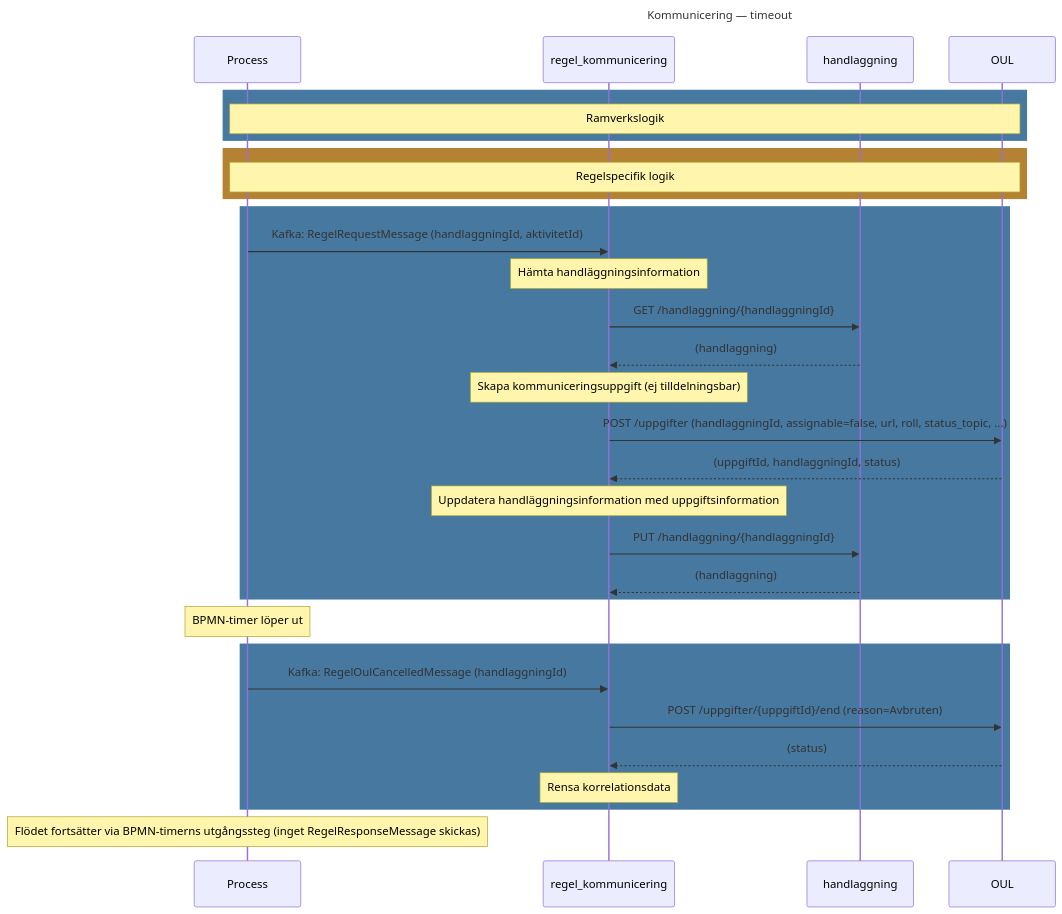
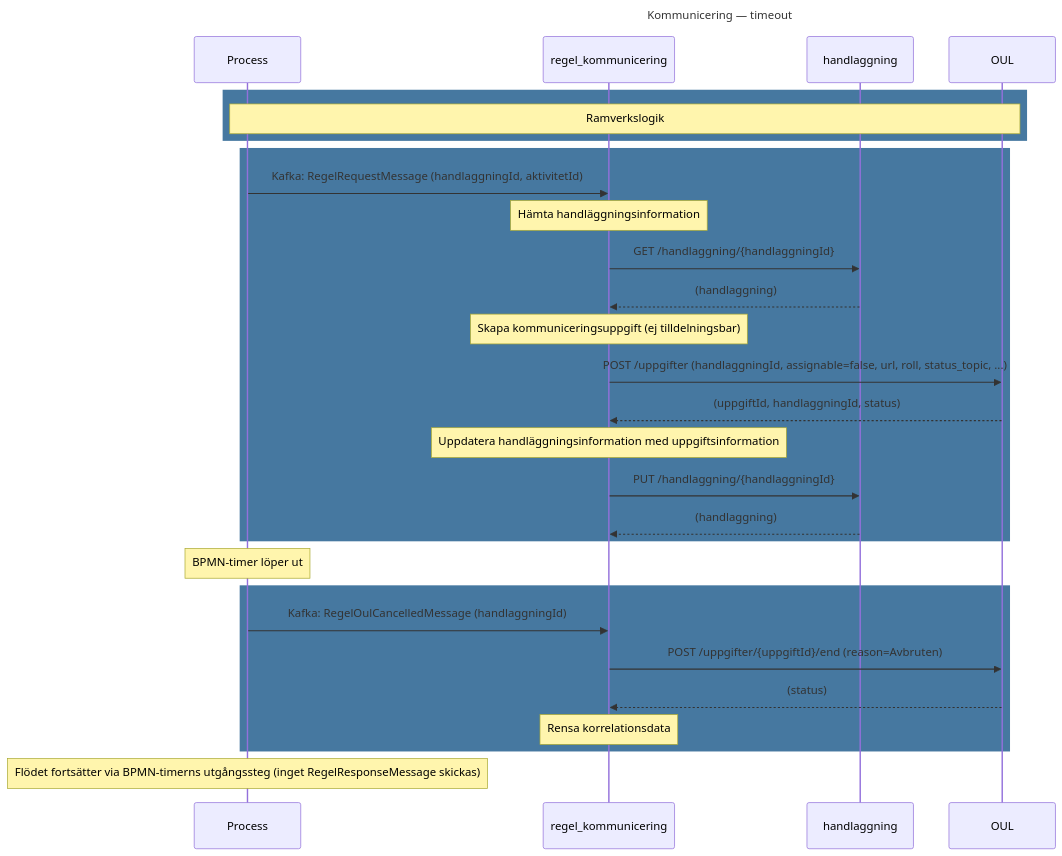
Before and after one commit to Forsakringskassan/rimfrost: the diagram in sequences/kommunicering/kommunicering_timeout.mmd, drawn with Mermaid. The commit also changed 5 other files, not shown here.

Commit message:
fix: remove amber rects, keep only blue framework rects in sequence diagrams

```diff
--- a/sequences/kommunicering/kommunicering_timeout.mmd
+++ b/sequences/kommunicering/kommunicering_timeout.mmd
@@ -1,43 +1,40 @@
 sequenceDiagram
     title Kommunicering — timeout
 
     participant Process
     participant regel_kommunicering
     participant handlaggning
     participant OUL
 
 rect rgb(70, 120, 160)
     note over Process,OUL: Ramverkslogik
-end
-rect rgb(180, 130, 50)
-    note over Process,OUL: Regelspecifik logik
 end
 
 rect rgb(70, 120, 160)
     Process ->> regel_kommunicering: Kafka: RegelRequestMessage (handlaggningId, aktivitetId)
 
     note over regel_kommunicering: Hämta handläggningsinformation
     regel_kommunicering ->> handlaggning: GET /handlaggning/{handlaggningId}
     handlaggning -->> regel_kommunicering: (handlaggning)
 
     note over regel_kommunicering: Skapa kommuniceringsuppgift (ej tilldelningsbar)
     regel_kommunicering ->> OUL: POST /uppgifter (handlaggningId, assignable=false, url, roll, status_topic, ...)
     OUL -->> regel_kommunicering: (uppgiftId, handlaggningId, status)
 
     note over regel_kommunicering: Uppdatera handläggningsinformation med uppgiftsinformation
     regel_kommunicering ->> handlaggning: PUT /handlaggning/{handlaggningId}
     handlaggning -->> regel_kommunicering: (handlaggning)
 end
 
     note over Process: BPMN-timer löper ut
 
 rect rgb(70, 120, 160)
     Process ->> regel_kommunicering: Kafka: RegelOulCancelledMessage (handlaggningId)
 
     regel_kommunicering ->> OUL: POST /uppgifter/{uppgiftId}/end (reason=Avbruten)
     OUL -->> regel_kommunicering: (status)
 
     note over regel_kommunicering: Rensa korrelationsdata
 end
 
     note over Process: Flödet fortsätter via BPMN-timerns utgångssteg (inget RegelResponseMessage skickas)
```
